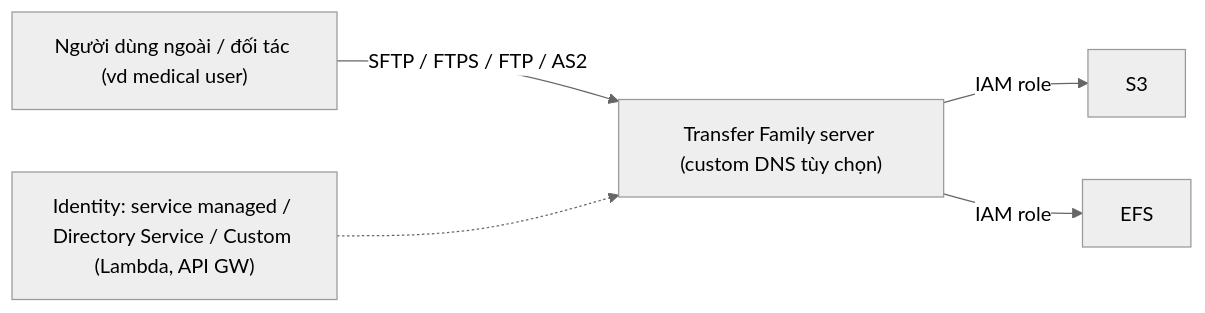
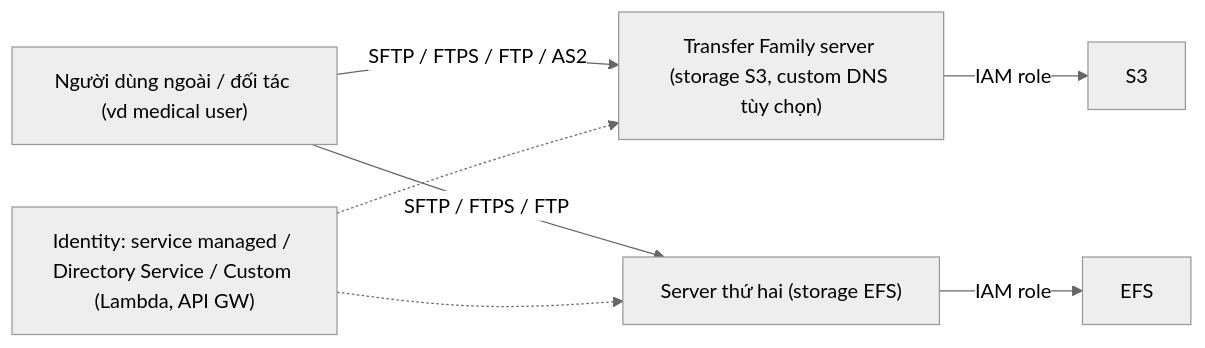
Before and after one commit to hairbui76/aws-saa-c03: the diagram in data/17 Hybrid and Migration/Transfer Family.md, drawn with Mermaid (neutral theme). The commit also changed other lines of this file and 57 other files, not shown here.

````diff
--- a/data/17 Hybrid and Migration/Transfer Family.md
+++ b/data/17 Hybrid and Migration/Transfer Family.md
@@ -36,7 +41,9 @@
 ```mermaid
 flowchart LR
-  U["Người dùng ngoài / đối tác (vd medical user)"] -- "SFTP / FTPS / FTP / AS2" --> TS["Transfer Family server (custom DNS tùy chọn)"]
+  U["Người dùng ngoài / đối tác (vd medical user)"] -- "SFTP / FTPS / FTP / AS2" --> TS["Transfer Family server (storage S3, custom DNS tùy chọn)"]
+  U -- "SFTP / FTPS / FTP" --> TS2["Server thứ hai (storage EFS)"]
   TS -- "IAM role" --> S3["S3"]
-  TS -- "IAM role" --> EFS["EFS"]
+  TS2 -- "IAM role" --> EFS["EFS"]
   IDP["Identity: service managed / Directory Service / Custom (Lambda, API GW)"] -.-> TS
+  IDP -.-> TS2
 ```
````
